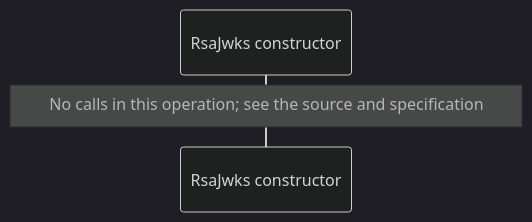
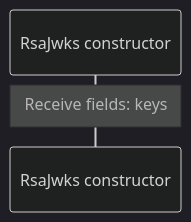
Before and after one commit to GreenPandaStudios/augscript: the sixth of 12 diagrams in docs/examples/oidc-login/dependencies/packages/@git/url_9ef654c66d34ab8f5527/0.0.0-git.b14a0f9aa41f1ce58bd51133bcdc424033e40d40/jose-diagrams.md, drawn with Mermaid (dark theme). The commit also changed other lines of this file and 289 other files, not shown here.

Commit message:
Correct diagram control flow and complete generated wiki navigation

````diff
--- a/docs/examples/oidc-login/dependencies/packages/@git/url_9ef654c66d34ab8f5527/0.0.0-git.b14a0f9aa41f1ce58bd51133bcdc424033e40d40/jose-diagrams.md
+++ b/docs/examples/oidc-login/dependencies/packages/@git/url_9ef654c66d34ab8f5527/0.0.0-git.b14a0f9aa41f1ce58bd51133bcdc424033e40d40/jose-diagrams.md
@@ -127,6 +127,6 @@
 ```mermaid
 sequenceDiagram
     participant p0 as RsaJwks constructor
 
-    Note over p0: No calls in this operation#59; see the source and specification
+    Note over p0: Receive fields: keys
 ```
````
